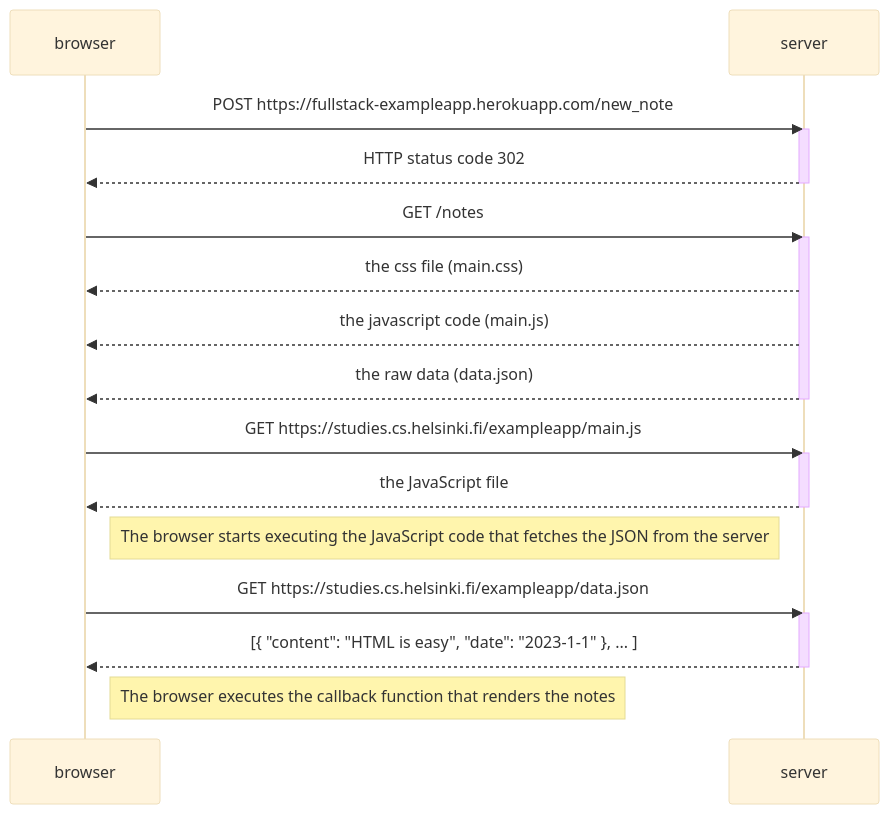
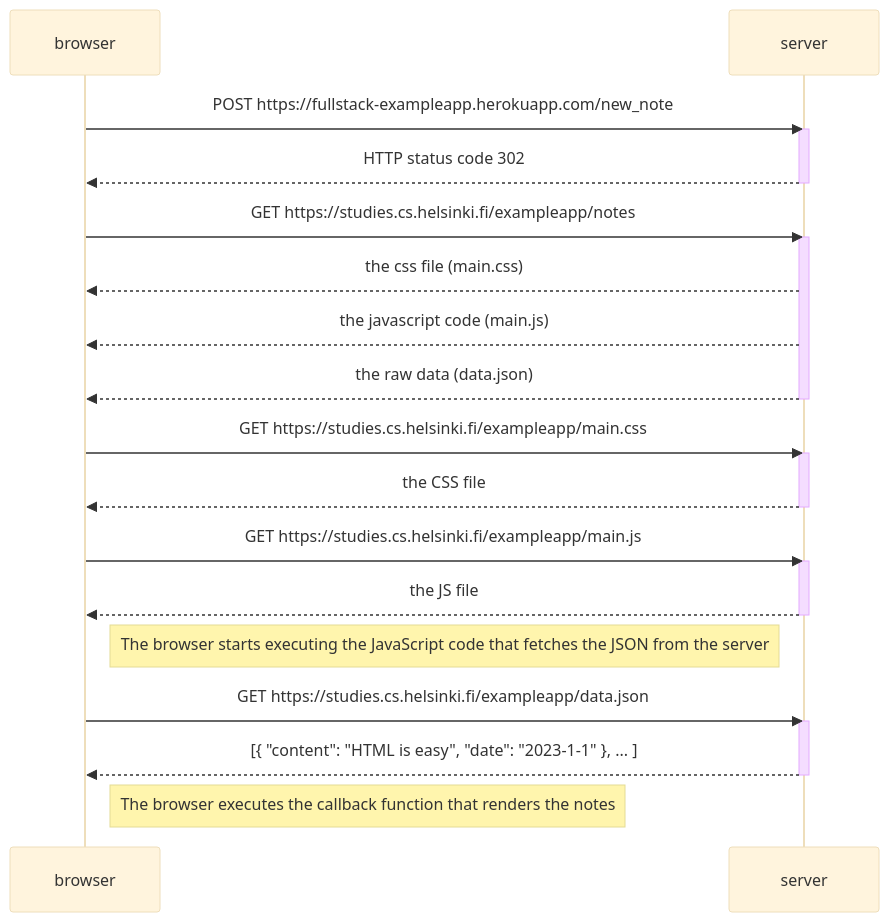
The diagram in part0/Sequence_d0.4.md (EmCarlss/UHelsinki_full_stack_open), drawn with Mermaid (base theme) before and after one commit.

````diff
--- a/part0/Sequence_d0.4.md
+++ b/part0/Sequence_d0.4.md
@@ -2,32 +2,38 @@
 ```mermaid
 sequenceDiagram
     participant browser
     participant server
 
     browser->>server: POST https://fullstack-exampleapp.herokuapp.com/new_note
     activate server
     server-->>browser: HTTP status code 302
     deactivate server
 
-    browser->>server: GET /notes
+    browser->>server: GET https://studies.cs.helsinki.fi/exampleapp/notes
     activate server
     server-->>browser: the css file (main.css)
     server-->>browser: the javascript code (main.js)
     server-->>browser: the raw data (data.json)
     deactivate server
 
+    browser->>server: GET https://studies.cs.helsinki.fi/exampleapp/main.css
+    activate server
+    server-->>browser: the CSS file
+    deactivate server
+
+
     browser->>server: GET https://studies.cs.helsinki.fi/exampleapp/main.js
     activate server
-    server-->>browser: the JavaScript file
+    server-->>browser: the JS file
     deactivate server
 
     Note right of browser: The browser starts executing the JavaScript code that fetches the JSON from the server
 
     browser->>server: GET https://studies.cs.helsinki.fi/exampleapp/data.json
     activate server
     server-->>browser: [{ "content": "HTML is easy", "date": "2023-1-1" }, ... ]
     deactivate server
 
     Note right of browser: The browser executes the callback function that renders the notes
 
 ```
````
